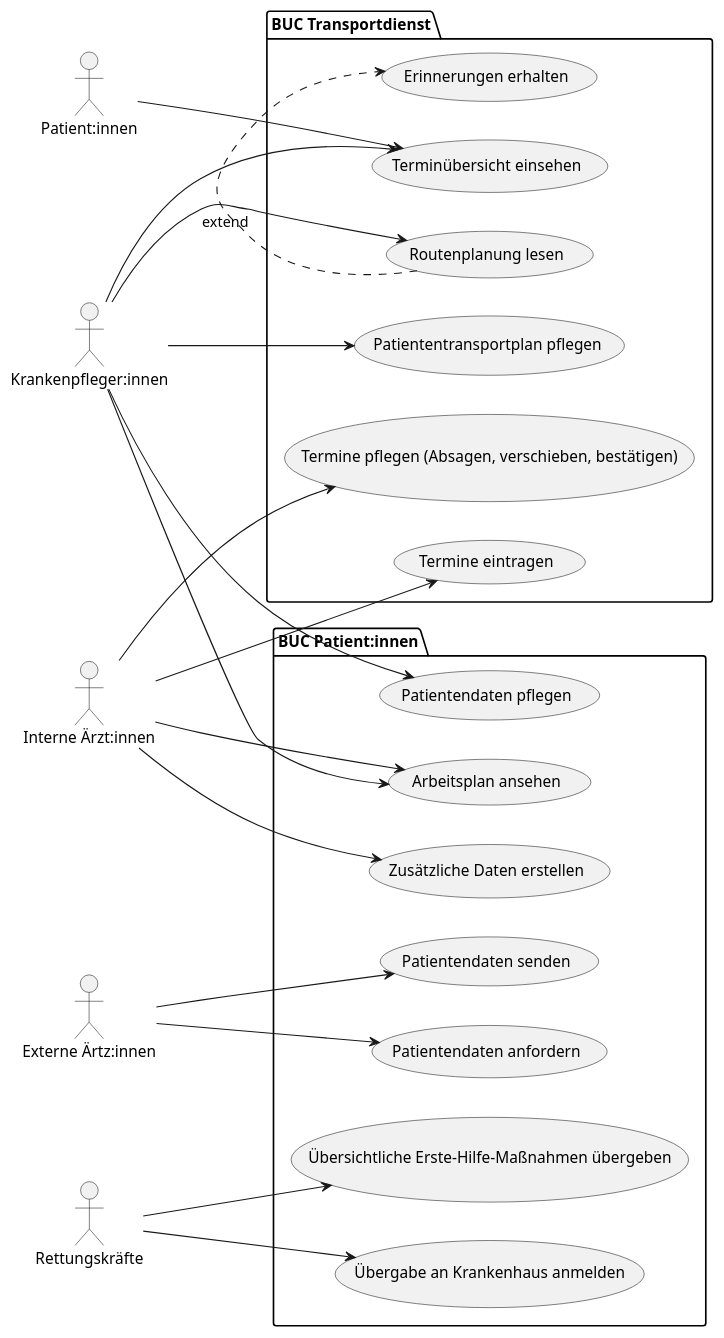
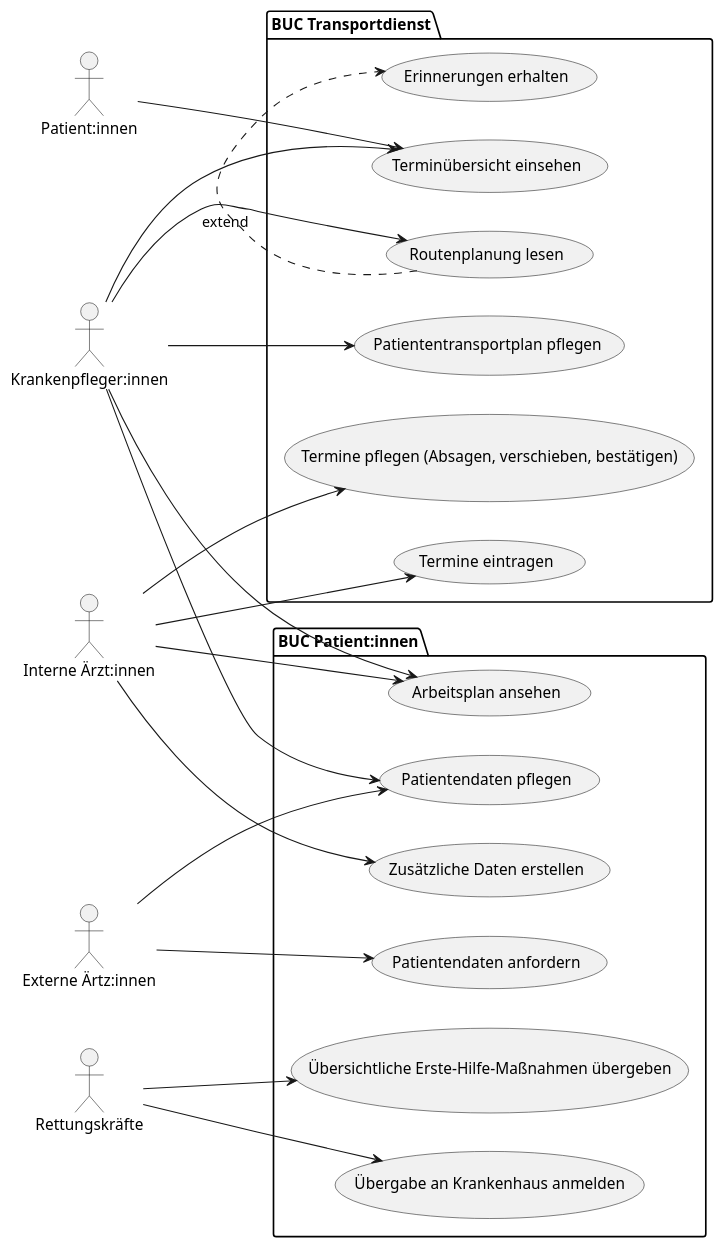
The first of 12 diagrams in docs/2_planning/1_business_use_cases.md (helenlaible/ss23-kba-project), drawn with PlantUML before and after one commit.

````diff
--- a/docs/2_planning/1_business_use_cases.md
+++ b/docs/2_planning/1_business_use_cases.md
@@ -5,53 +5,52 @@
 ```plantuml BUC Interne & externe Ärzte, Krankenpfleger und Rettungskräfte --
 left to right direction
 
 actor "Krankenpfleger:innen" as nurse
 actor "Interne Ärzt:innen" as int_docs
 actor "Rettungskräfte" as rescue
 actor "Externe Ärtz:innen" as ext_docs
 actor "Patient:innen" as patients
 
 package "BUC Patient:innen" {
   usecase "Arbeitsplan ansehen" as UC1
   usecase "Patientendaten pflegen" as UC2
   usecase "Zusätzliche Daten erstellen" as UC3
 
   usecase "Übersichtliche Erste-Hilfe-Maßnahmen übergeben" as UC4
   usecase "Übergabe an Krankenhaus anmelden" as UC5
 
   usecase "Patientendaten anfordern" as UC6
-  usecase "Patientendaten senden" as UC7
 }
 
 nurse --> UC1
 nurse --> UC2
 
 int_docs --> UC1
 int_docs --> UC3
 
 rescue --> UC4
 rescue --> UC5
 
 ext_docs --> UC6
-ext_docs --> UC7
+ext_docs --> UC2
 
 
 package "BUC Transportdienst" {
   usecase "Patiententransportplan pflegen" as TUC1
   usecase "Routenplanung lesen" as TUC2
   usecase "Erinnerungen erhalten" as TUC3
   usecase "Termine eintragen" as TUC4
   usecase "Termine pflegen (Absagen, verschieben, bestätigen)" as TUC5
   usecase "Terminübersicht einsehen" as TUC6
 }
 
 nurse --> TUC1
 nurse --> TUC2
 nurse --> TUC6
 (TUC2) .> (TUC3) : extend
 
 int_docs -->  TUC4
 int_docs --> TUC5
 
 patients --> TUC6
 ```
````
